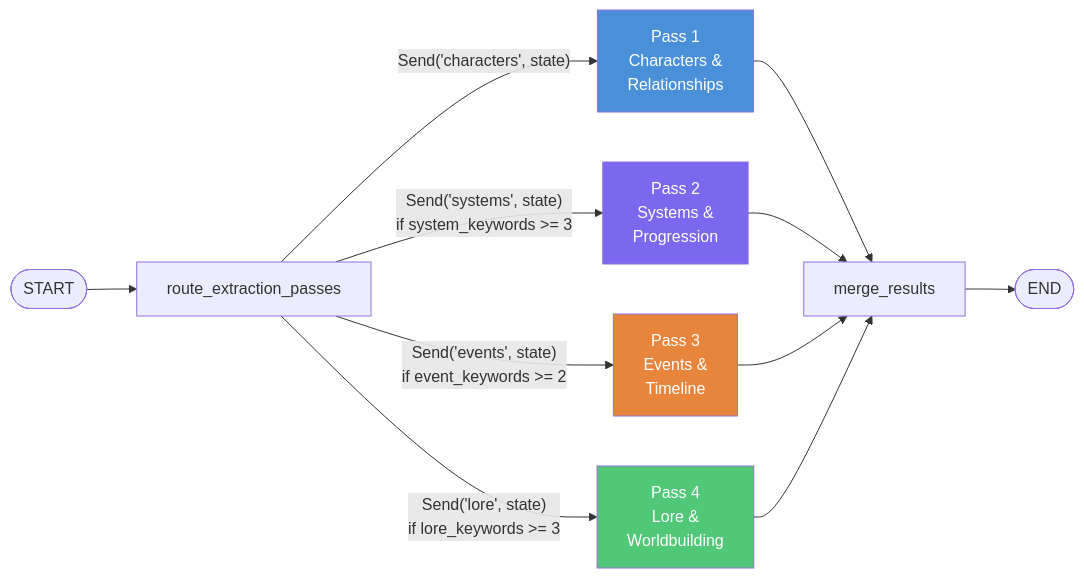
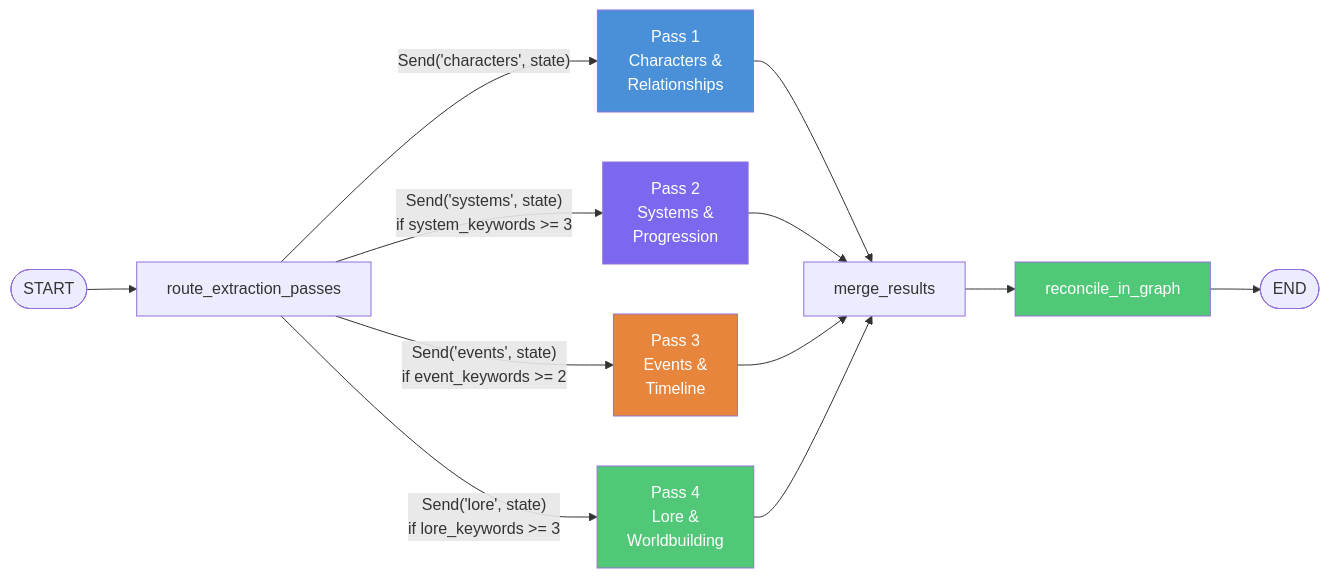
Before and after one commit to xairon/WorldRAG: the fourth of 7 diagrams in docs/architecture.md, drawn with Mermaid. The commit also changed other lines of this file and 7 other files, not shown here.

````diff
--- a/docs/architecture.md
+++ b/docs/architecture.md
@@ -143,20 +144,22 @@
 ```mermaid
 flowchart LR
     START([START]) --> Route[route_extraction_passes]
 
     Route -->|"Send('characters', state)"| P1[Pass 1<br/>Characters &<br/>Relationships]
     Route -->|"Send('systems', state)<br/>if system_keywords >= 3"| P2[Pass 2<br/>Systems &<br/>Progression]
     Route -->|"Send('events', state)<br/>if event_keywords >= 2"| P3[Pass 3<br/>Events &<br/>Timeline]
     Route -->|"Send('lore', state)<br/>if lore_keywords >= 3"| P4[Pass 4<br/>Lore &<br/>Worldbuilding]
 
     P1 --> Merge[merge_results]
     P2 --> Merge
     P3 --> Merge
     P4 --> Merge
-    Merge --> END([END])
+    Merge --> Reconcile[reconcile_in_graph]
+    Reconcile --> END([END])
 
     style P1 fill:#4A90D9,color:#fff
     style P2 fill:#7B68EE,color:#fff
     style P3 fill:#E8853D,color:#fff
     style P4 fill:#50C878,color:#fff
+    style Reconcile fill:#50C878,color:#fff
 ```
````
